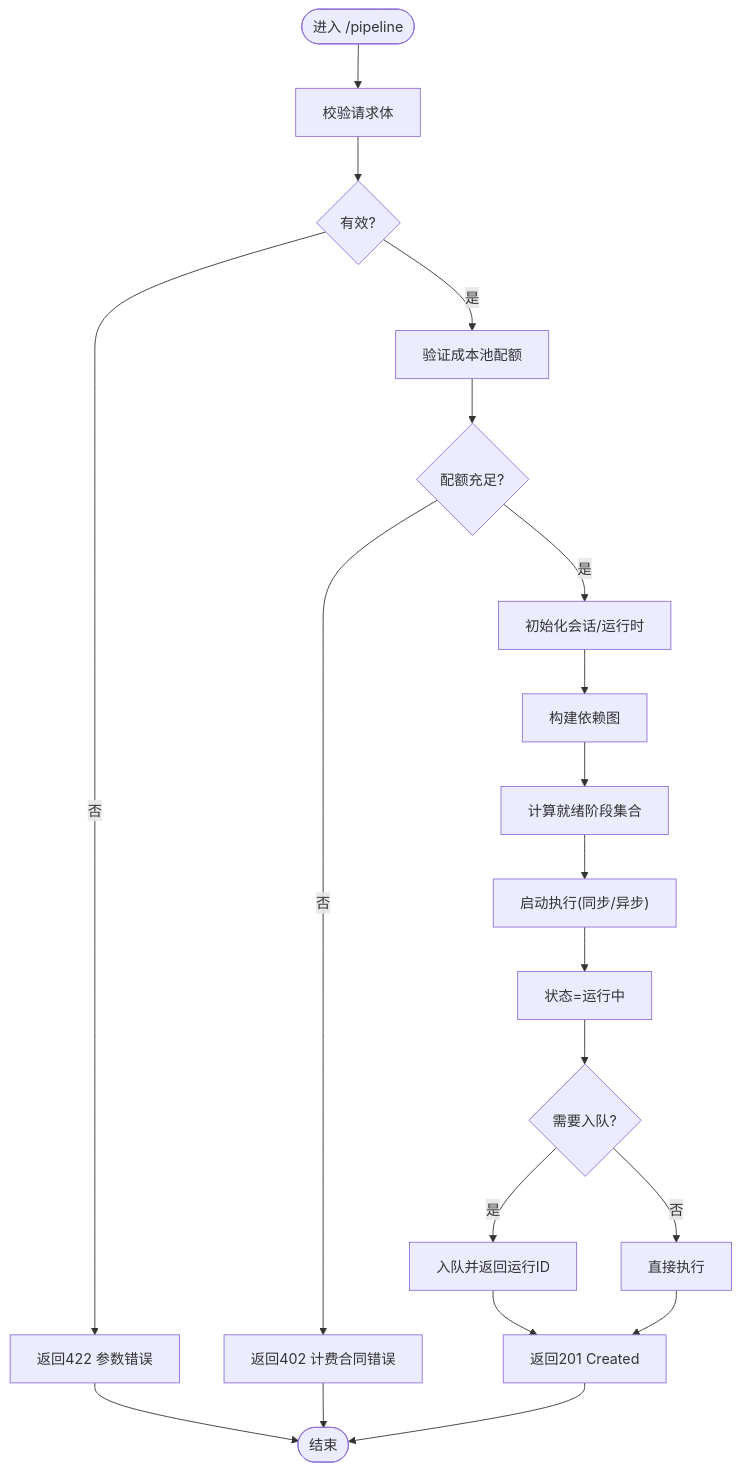
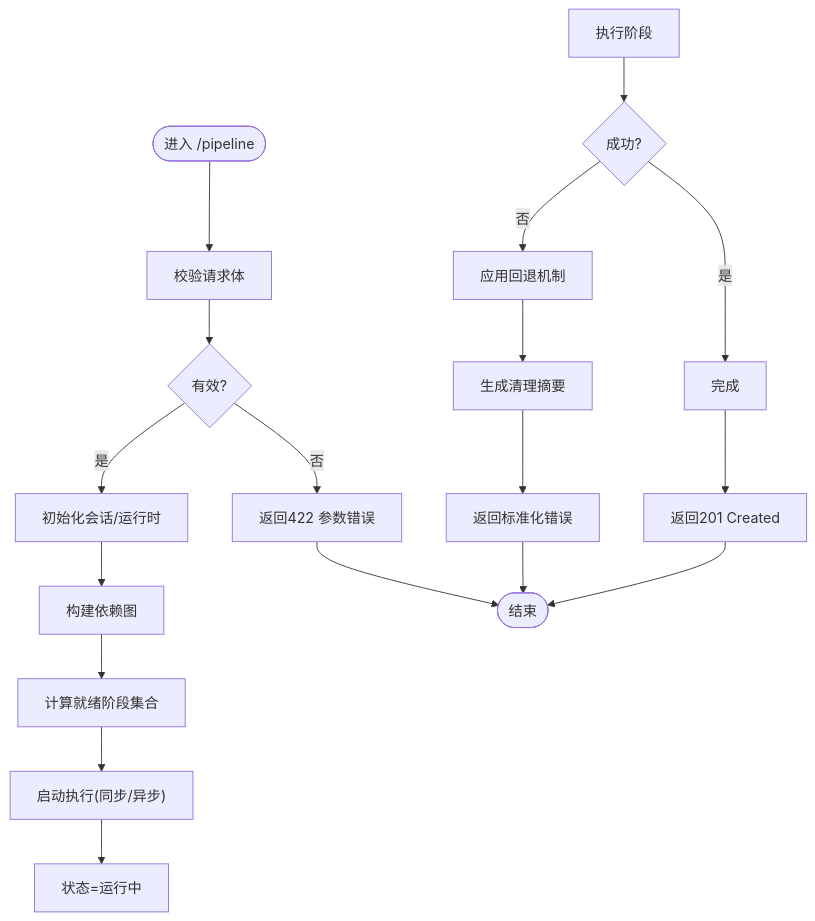
Before and after one commit to scottcwy/PurpleInk: the third of 11 diagrams in .qoder/repowiki/zh/content/API参考/导演系统API/管道编排API.md, drawn with Mermaid. The commit also changed other lines of this file and 23 other files, not shown here.

````diff
--- a/.qoder/repowiki/zh/content/API参考/导演系统API/管道编排API.md
+++ b/.qoder/repowiki/zh/content/API参考/导演系统API/管道编排API.md
@@ -205,22 +197,20 @@
 ```mermaid
 flowchart TD
 Start(["进入 /pipeline"]) --> Validate["校验请求体"]
 Validate --> Valid{"有效?"}
 Valid --> |否| Return422["返回422 参数错误"]
-Valid --> |是| CheckQuota["验证成本池配额"]
-CheckQuota --> QuotaOK{"配额充足?"}
-QuotaOK --> |否| Return402["返回402 计费合同错误"]
-QuotaOK --> |是| InitSession["初始化会话/运行时"]
+Valid --> |是| InitSession["初始化会话/运行时"]
 InitSession --> BuildGraph["构建依赖图"]
 BuildGraph --> ReadySet["计算就绪阶段集合"]
 ReadySet --> StartExec["启动执行(同步/异步)"]
 StartExec --> StateRunning["状态=运行中"]
-StateRunning --> Enqueue{"需要入队?"}
-Enqueue --> |是| Queue["入队并返回运行ID"]
-Enqueue --> |否| RunNow["直接执行"]
-Queue --> Return201["返回201 Created"]
-RunNow --> Return201
+StateExec["执行阶段"] --> Success{"成功?"}
+Success --> |是| Complete["完成"]
+Success --> |否| Fallback["应用回退机制"]
+Fallback --> CleanError["生成清理摘要"]
+CleanError --> ReturnError["返回标准化错误"]
+Complete --> Return201["返回201 Created"]
 Return422 --> End(["结束"])
-Return402 --> End
+ReturnError --> End
 Return201 --> End
 ```
````
